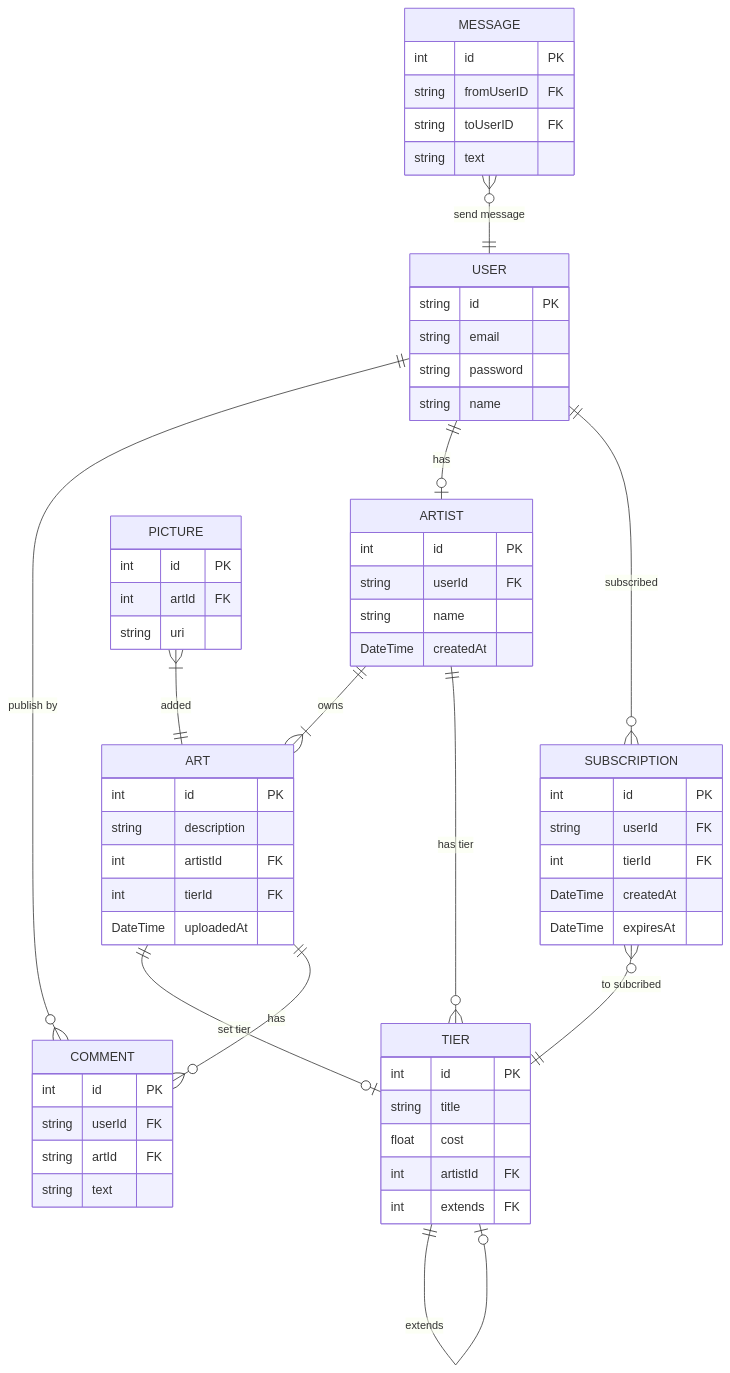
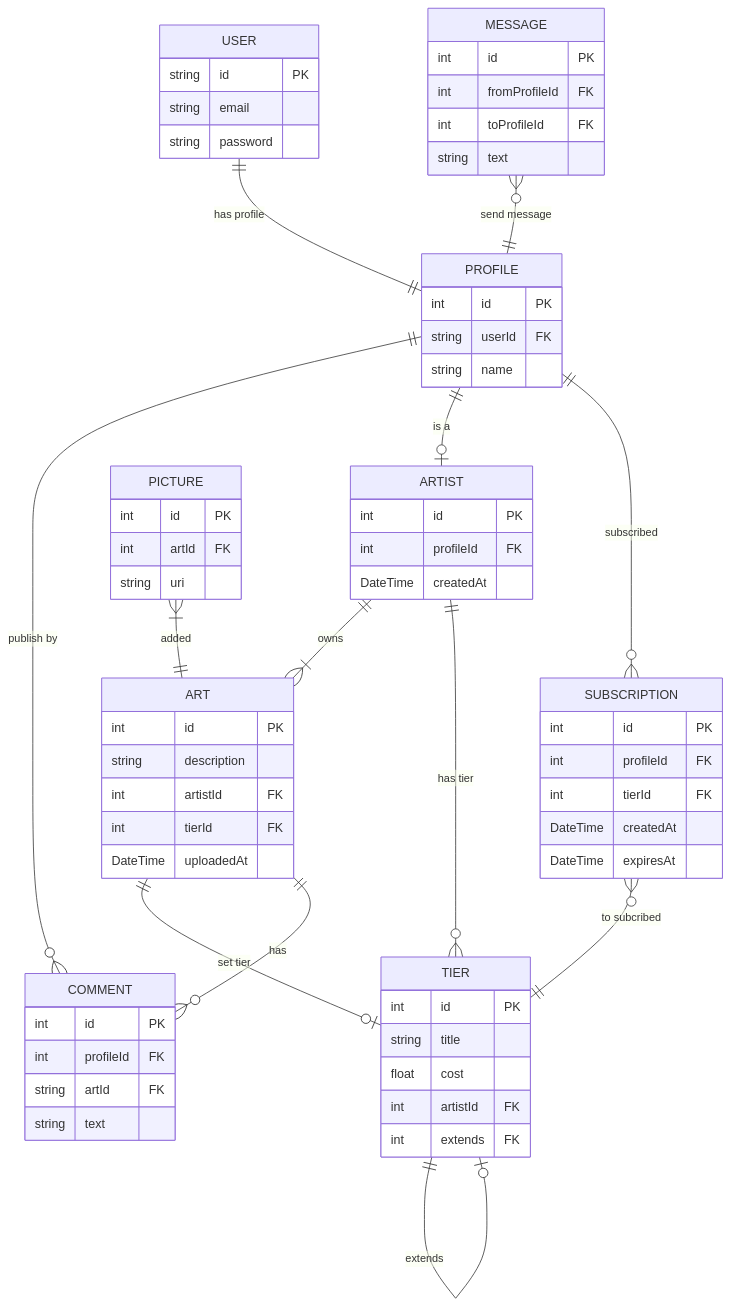
The diagram in README.md (Laefye/neospiartion), drawn with Mermaid before and after one commit.

Commit message:
Update ER Diagram

````diff
--- a/README.md
+++ b/README.md
@@ -49,64 +49,68 @@
 ```mermaid
 erDiagram
     USER {
         string id PK
         string email
         string password
+    }
+    PROFILE {
+        int id PK
+        string userId FK
         string name
     }
     ARTIST ||--|{ ART : "owns"
     ARTIST {
         int id PK
-        string userId FK
-        string name
+        int profileId FK
         DateTime createdAt
     }
     TIER {
         int id PK
         string title
         float cost
         int artistId FK
         int extends FK
     }
     MESSAGE {
         int id PK
-        string fromUserID FK
-        string toUserID FK
+        int fromProfileId FK
+        int toProfileId FK
         string text
     }
     COMMENT {
         int id PK
-        string userId FK
+        int profileId FK
         string artId FK
         string text
     }
     ART {
         int id PK
         string description
         int artistId FK
         int tierId FK
         DateTime uploadedAt
     }
     PICTURE }|--|| ART : added
     PICTURE {
         int id PK
         int artId FK
         string uri
     }
     SUBSCRIPTION {
         int id PK
-        string userId FK
+        int profileId FK
         int tierId FK
         DateTime createdAt
         DateTime expiresAt
     }
+    USER ||--|| PROFILE : "has profile"
     ART ||--o| TIER : "set tier"
     ARTIST ||--o{ TIER : "has tier"
-    MESSAGE }o--|| USER : "send message"
-    USER ||--o{ COMMENT : "publish by"
+    MESSAGE }o--|| PROFILE : "send message"
+    PROFILE ||--o{ COMMENT : "publish by"
     ART ||--o{ COMMENT : "has"
-    USER ||--o| ARTIST : "has"
+    PROFILE ||--o| ARTIST : "is a"
     TIER ||--o| TIER : "extends"
-    USER ||--o{ SUBSCRIPTION : "subscribed"
+    PROFILE ||--o{ SUBSCRIPTION : "subscribed"
     SUBSCRIPTION }o--|| TIER : "to subcribed"
 ```
````
